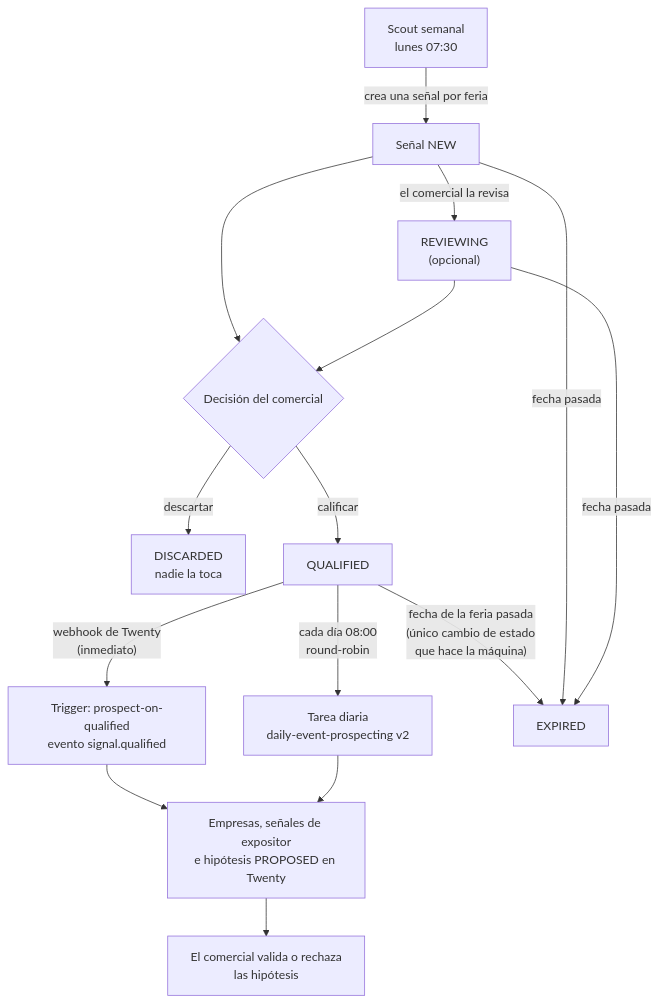
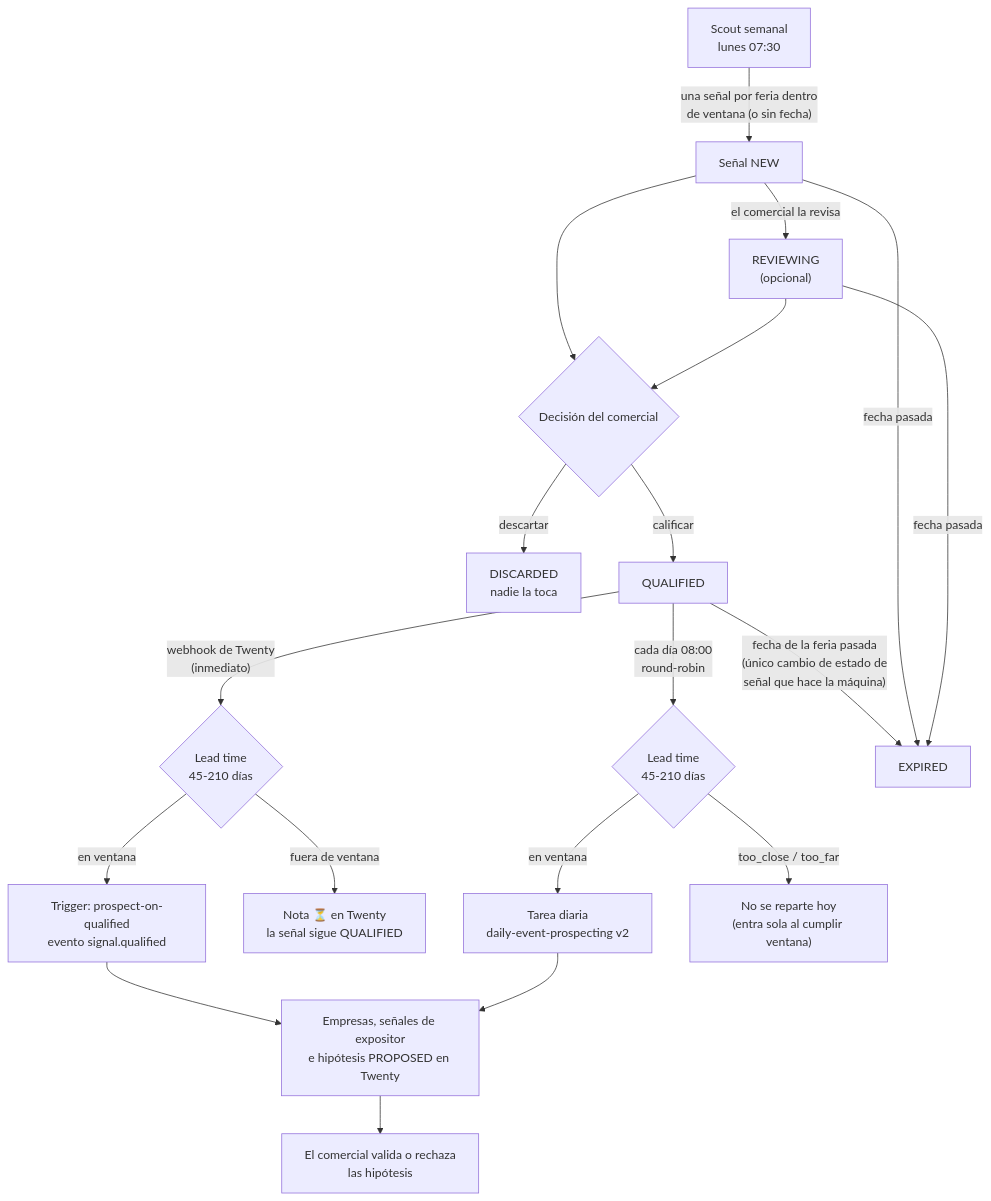
The first of 2 diagrams in docs/prospeccion-por-senales.md (bitclicklabs/commercial-os), drawn with Mermaid before and after one commit. The commit also changed other lines of this file and 4 other files, not shown here.

Commit message:
docs: documenta la ventana de lead time de la tanda 18 (señales, guía comercial, runbook, ciclo de mejora y roadmap)

````diff
--- a/docs/prospeccion-por-senales.md
+++ b/docs/prospeccion-por-senales.md
@@ -25,17 +26,21 @@
 ```mermaid
 flowchart TD
-    scout["Scout semanal<br/>lunes 07:30"] -->|"crea una señal por feria"| new["Señal NEW"]
+    scout["Scout semanal<br/>lunes 07:30"] -->|"una señal por feria dentro<br/>de ventana (o sin fecha)"| new["Señal NEW"]
     new -->|"el comercial la revisa"| rev["REVIEWING<br/>(opcional)"]
     new --> dec{"Decisión del comercial"}
     rev --> dec
     dec -->|"descartar"| disc["DISCARDED<br/>nadie la toca"]
     dec -->|"calificar"| qual["QUALIFIED"]
-    qual -->|"webhook de Twenty<br/>(inmediato)"| trig["Trigger: prospect-on-qualified<br/>evento signal.qualified"]
-    qual -->|"cada día 08:00<br/>round-robin"| daily["Tarea diaria<br/>daily-event-prospecting v2"]
+    qual -->|"webhook de Twenty<br/>(inmediato)"| win1{"Lead time<br/>45-210 días"}
+    qual -->|"cada día 08:00<br/>round-robin"| win2{"Lead time<br/>45-210 días"}
+    win1 -->|"en ventana"| trig["Trigger: prospect-on-qualified<br/>evento signal.qualified"]
+    win1 -->|"fuera de ventana"| note["Nota ⏳ en Twenty<br/>la señal sigue QUALIFIED"]
+    win2 -->|"en ventana"| daily["Tarea diaria<br/>daily-event-prospecting v2"]
+    win2 -->|"too_close / too_far"| wait["No se reparte hoy<br/>(entra sola al cumplir ventana)"]
     trig --> out["Empresas, señales de expositor<br/>e hipótesis PROPOSED en Twenty"]
     daily --> out
     out --> hum["El comercial valida o rechaza<br/>las hipótesis"]
-    qual -->|"fecha de la feria pasada<br/>(único cambio de estado<br/>que hace la máquina)"| exp["EXPIRED"]
+    qual -->|"fecha de la feria pasada<br/>(único cambio de estado de<br/>señal que hace la máquina)"| exp["EXPIRED"]
     new -->|"fecha pasada"| exp
     rev -->|"fecha pasada"| exp
 ```
````
